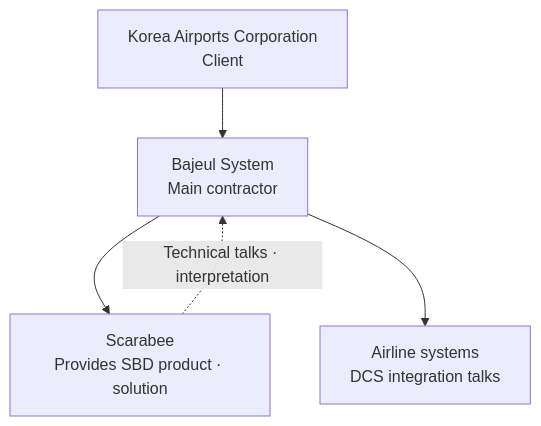
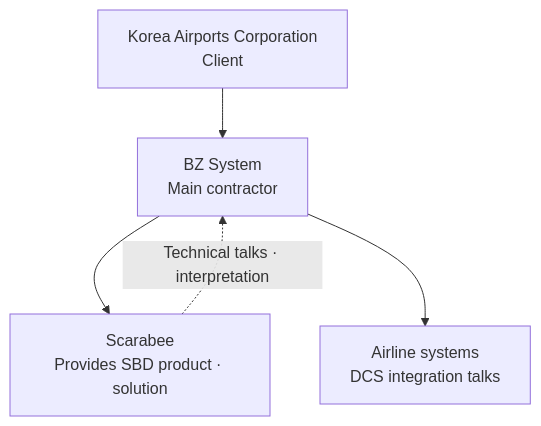
Before and after one commit to scourge1100/neverland: the second of 3 diagrams in content/en/projects/gimpo-sbd.md, drawn with Mermaid. The commit also changed other lines of this file and 2 other files, not shown here.

Commit message:
영어 문서 표기 수정: BZ System, Kakao AlarmTalk, SBD PM 표현

````diff
--- a/content/en/projects/gimpo-sbd.md
+++ b/content/en/projects/gimpo-sbd.md
@@ -63,7 +63,7 @@
 ```mermaid
 flowchart TD
-    K["Korea Airports Corporation\nClient"] --> V["Bajeul System\nMain contractor"]
+    K["Korea Airports Corporation\nClient"] --> V["BZ System\nMain contractor"]
     V --> S["Scarabee\nProvides SBD product · solution"]
     V --> AL["Airline systems\nDCS integration talks"]
     S -. "Technical talks · interpretation" .-> V
 ```
````
